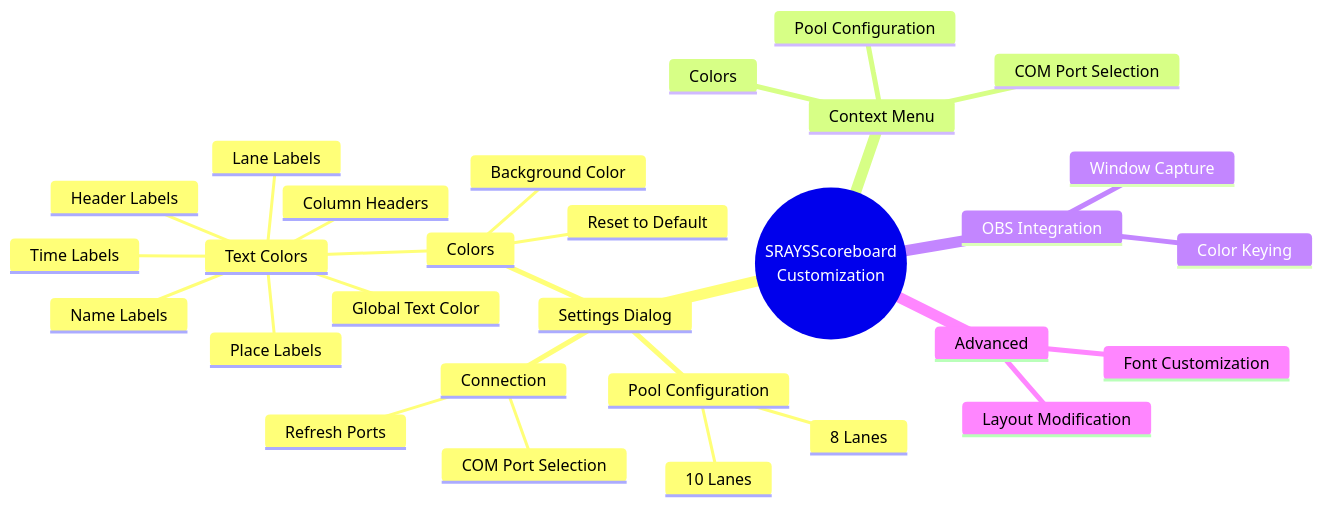
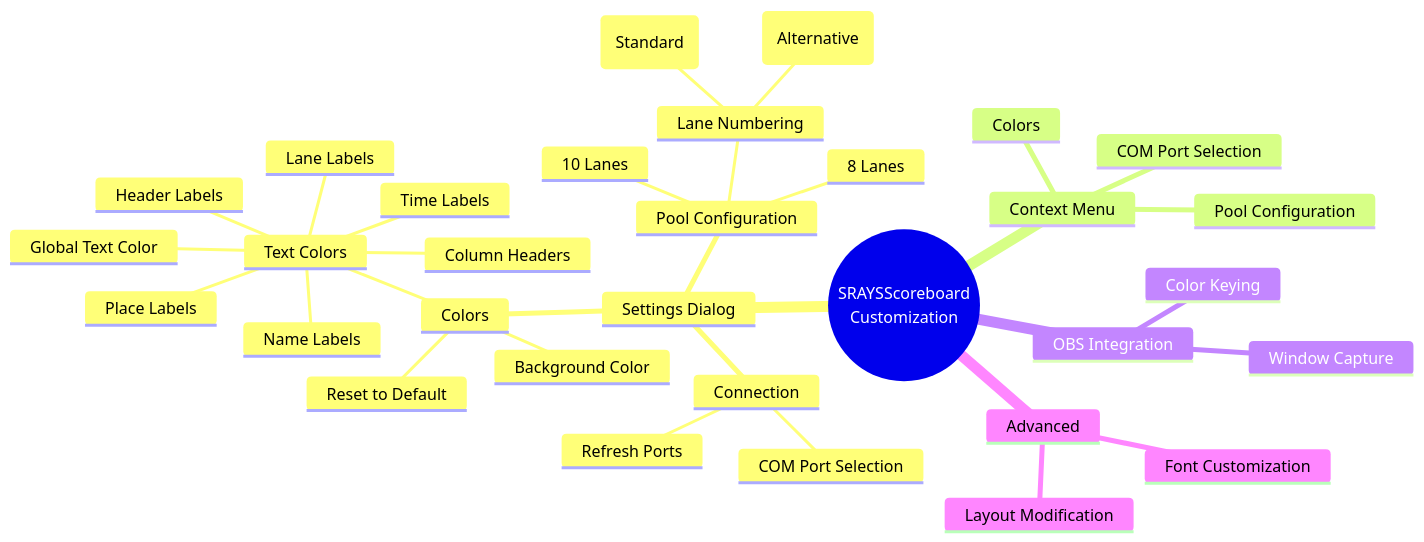
The first of 2 diagrams in docs/CUSTOMIZATION.md (fvishram/SRAYSScoreboard), drawn with Mermaid before and after one commit. The commit also changed other lines of this file and 9 other files, not shown here.

First line of the commit message:
Add lane numbering feature and fix compiler issues

````diff
--- a/docs/CUSTOMIZATION.md
+++ b/docs/CUSTOMIZATION.md
@@ -5,32 +5,35 @@
 ```mermaid
 mindmap
   root((SRAYSScoreboard<br>Customization))
     Settings Dialog
       Connection
         COM Port Selection
         Refresh Ports
       Colors
         Background Color
         Text Colors
           Global Text Color
           Header Labels
           Column Headers
           Name Labels
           Time Labels
           Place Labels
           Lane Labels
         Reset to Default
       Pool Configuration
         8 Lanes
         10 Lanes
+        Lane Numbering
+          1-10 (Standard)
+          0-9 (Alternative)
     Context Menu
       COM Port Selection
       Colors
       Pool Configuration
     OBS Integration
       Window Capture
       Color Keying
     Advanced
       Font Customization
       Layout Modification
 ```
````
